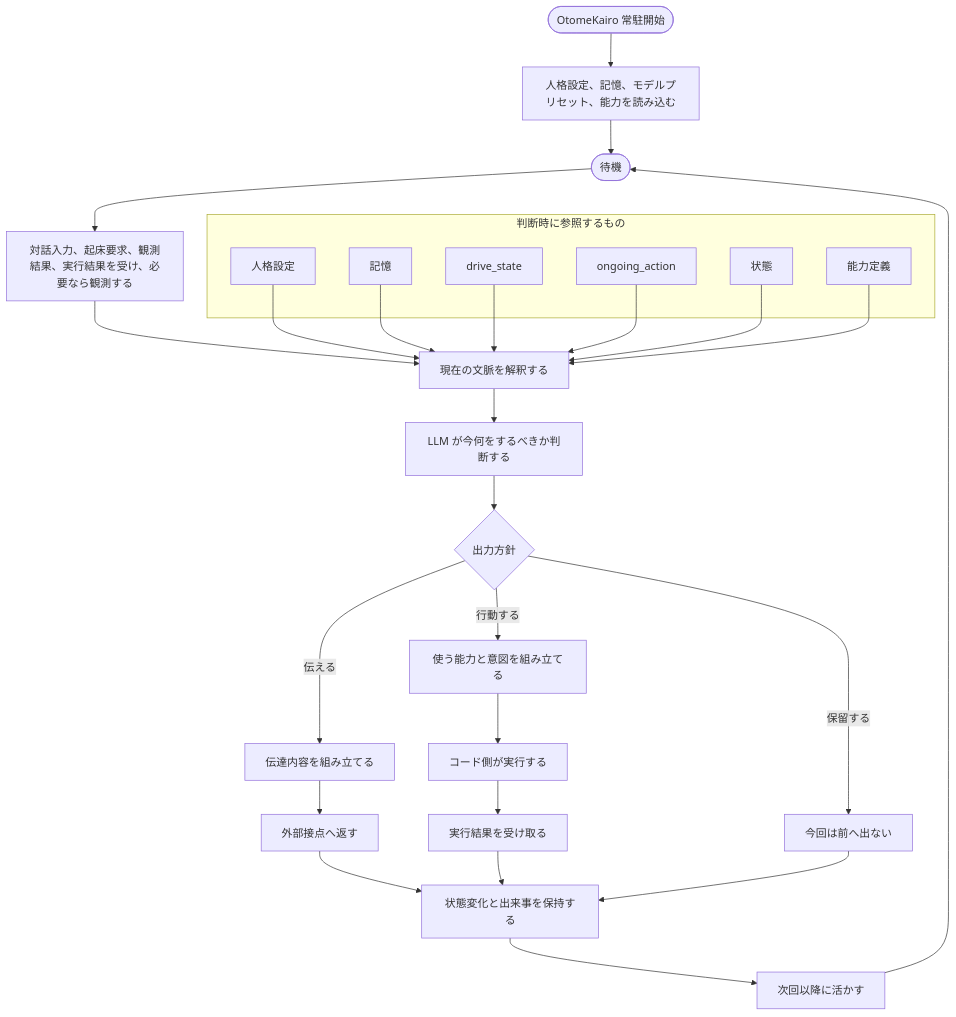
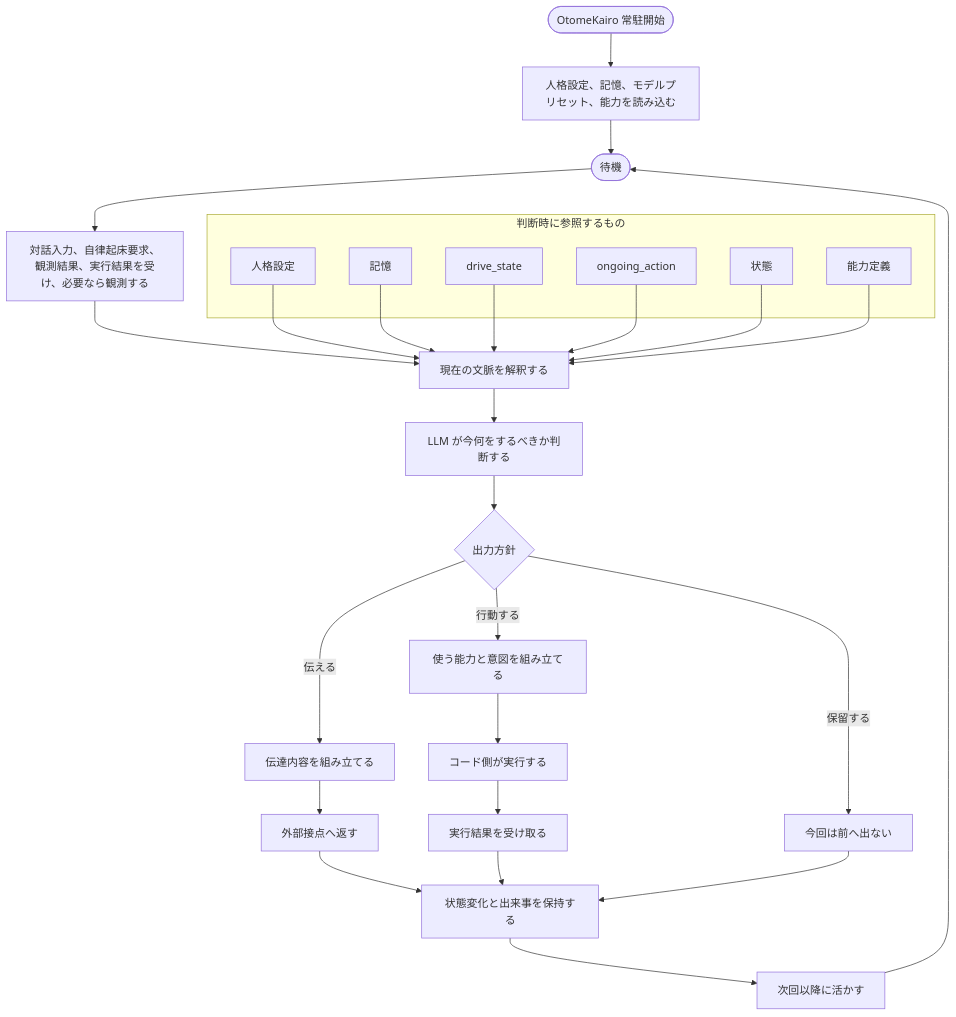
The diagram in docs/design/03_アーキテクチャ.md (hirona98/OtomeKairo), drawn with Mermaid before and after one commit. The commit also changed other lines of this file and 16 other files, not shown here.

````diff
--- a/docs/design/03_アーキテクチャ.md
+++ b/docs/design/03_アーキテクチャ.md
@@ -53,51 +53,51 @@
 ```mermaid
 flowchart TD
     Start([OtomeKairo 常駐開始])
     Load[人格設定、記憶、モデルプリセット、能力を読み込む]
     Wait([待機])
-    Observe[対話入力、起床要求、観測結果、実行結果を受け、必要なら観測する]
+    Observe[対話入力、自律起床要求、観測結果、実行結果を受け、必要なら観測する]
     Build[現在の文脈を解釈する]
     Decide["LLM が今何をするべきか判断する"]
     Branch{出力方針}
     Communicate[伝達内容を組み立てる]
     Plan[使う能力と意図を組み立てる]
     Execute[コード側が実行する]
     Hold[今回は前へ出ない]
     Return[外部接点へ返す]
     Result[実行結果を受け取る]
     Store[状態変化と出来事を保持する]
     Next[次回以降に活かす]
 
     subgraph Ref["判断時に参照するもの"]
         Persona[人格設定]
         Memory[記憶]
         Drive[drive_state]
         Action[ongoing_action]
         State[状態]
         Capability[能力定義]
     end
 
     Start --> Load
     Load --> Wait
     Wait --> Observe
     Observe --> Build
     Persona --> Build
     Memory --> Build
     Drive --> Build
     Action --> Build
     State --> Build
     Capability --> Build
     Build --> Decide
     Decide --> Branch
     Branch -->|伝える| Communicate
     Branch -->|行動する| Plan
     Branch -->|保留する| Hold
     Communicate --> Return
     Plan --> Execute
     Execute --> Result
     Return --> Store
     Result --> Store
     Hold --> Store
     Store --> Next
     Next --> Wait
 ```
````
